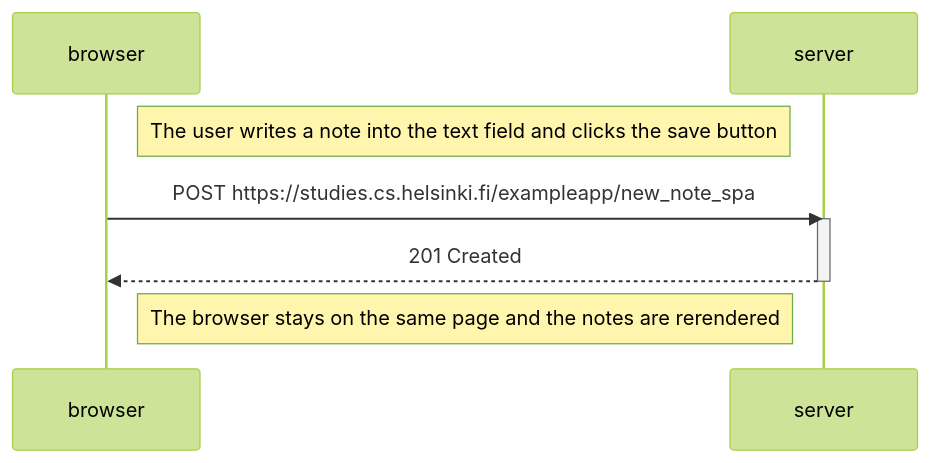
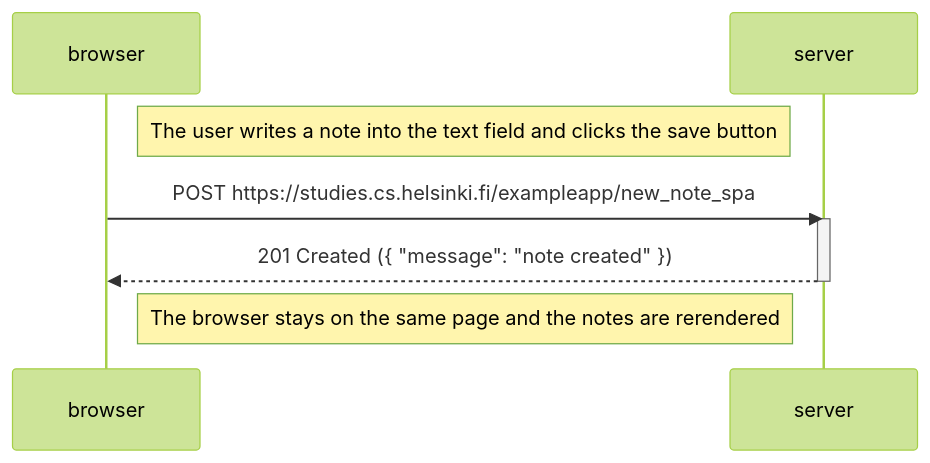
One commit to victorlaitila/fullstack-open changed the diagram in part0/spaNewNoteDiagram.md. Above: the diagram before and after it, drawn with Mermaid (forest theme).

Commit message:
Another small fix

````diff
--- a/part0/spaNewNoteDiagram.md
+++ b/part0/spaNewNoteDiagram.md
@@ -1,14 +1,14 @@
 ```mermaid
 sequenceDiagram
     participant browser
     participant server
 
     Note right of browser: The user writes a note into the text field and clicks the save button
 
     browser->>server: POST https://studies.cs.helsinki.fi/exampleapp/new_note_spa
     activate server
-    server-->>browser: 201 Created
+    server-->>browser: 201 Created ({ "message": "note created" })
     deactivate server
 
     Note right of browser: The browser stays on the same page and the notes are rerendered
 ```
````
